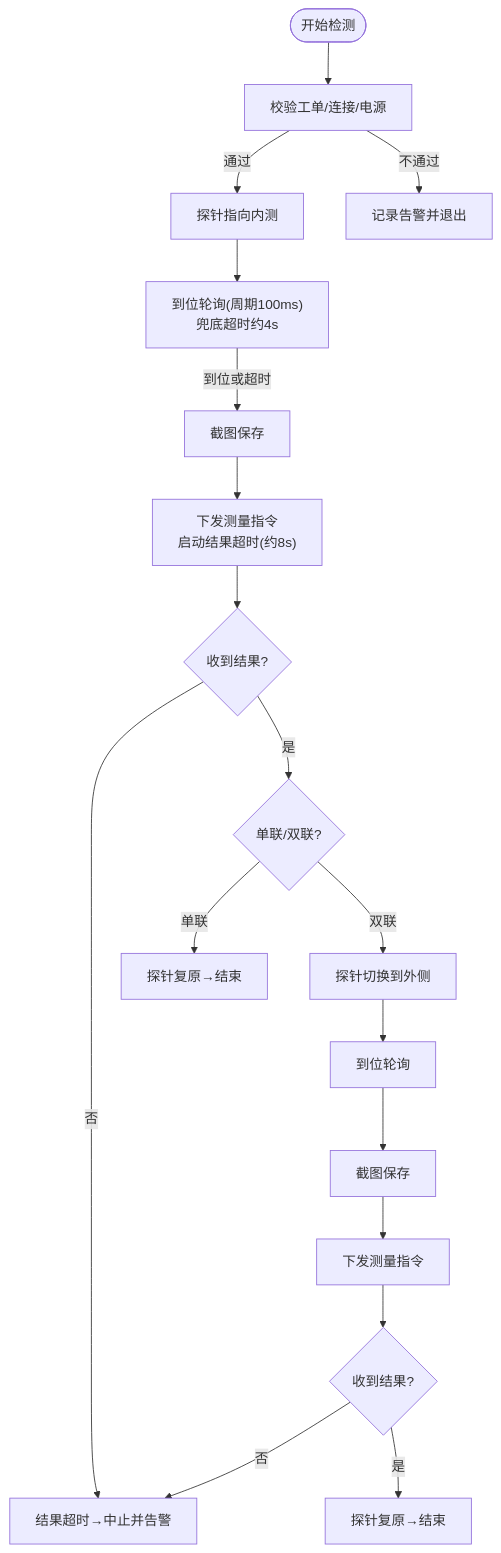
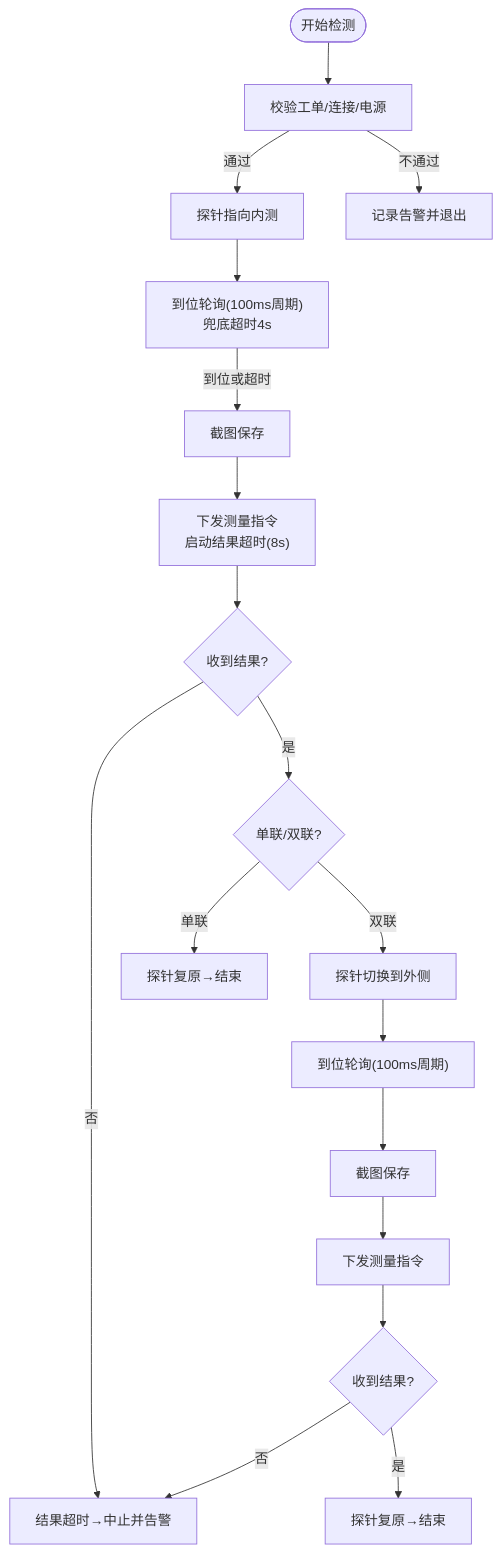
Before and after one commit to yangreest/Zero-value-Insulator-Robot-V2: the third of 4 diagrams in .qoder/repowiki/zh/content/用户手册/检测工作流程/检测工作流程.md, drawn with Mermaid. The commit also changed other lines of this file and 14 other files, not shown here.

````diff
--- a/.qoder/repowiki/zh/content/用户手册/检测工作流程/检测工作流程.md
+++ b/.qoder/repowiki/zh/content/用户手册/检测工作流程/检测工作流程.md
@@ -114,20 +129,20 @@
 ```mermaid
 flowchart TD
 Start(["开始检测"]) --> Check["校验工单/连接/电源"]
 Check --> |通过| MoveIn["探针指向内测"]
 Check --> |不通过| Alarm["记录告警并退出"]
-MoveIn --> WaitIn["到位轮询(周期100ms)<br/>兜底超时约4s"]
+MoveIn --> WaitIn["到位轮询(100ms周期)<br/>兜底超时4s"]
 WaitIn --> |到位或超时| CaptureIn["截图保存"]
-CaptureIn --> MeasureIn["下发测量指令<br/>启动结果超时(约8s)"]
+CaptureIn --> MeasureIn["下发测量指令<br/>启动结果超时(8s)"]
 MeasureIn --> ResultIn{"收到结果?"}
 ResultIn --> |否| Timeout["结果超时→中止并告警"]
 ResultIn --> |是| Branch{"单联/双联?"}
 Branch --> |单联| FinishIn["探针复原→结束"]
 Branch --> |双联| MoveOut["探针切换到外侧"]
-MoveOut --> WaitOut["到位轮询"]
+MoveOut --> WaitOut["到位轮询(100ms周期)"]
 WaitOut --> CaptureOut["截图保存"]
 CaptureOut --> MeasureOut["下发测量指令"]
 MeasureOut --> ResultOut{"收到结果?"}
 ResultOut --> |否| Timeout
 ResultOut --> |是| FinishOut["探针复原→结束"]
 ```
````
